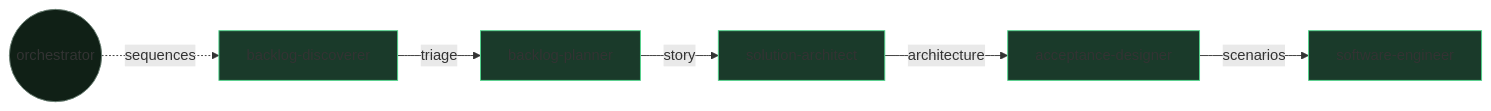
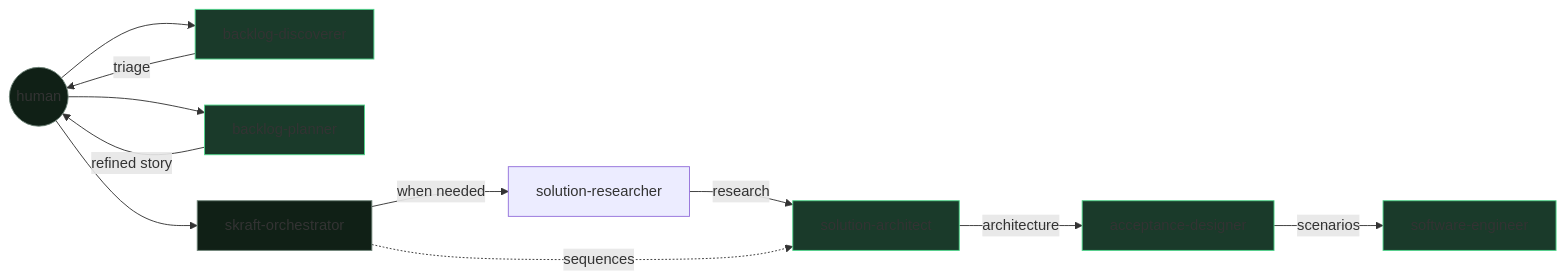
Before and after one commit to SebastienDegodez/skraft-plugin: the diagram in docs/site/en/explanation/pipeline/team.md, drawn with Mermaid. The commit also changed other lines of this file and 12 other files, not shown here.

````diff
--- a/docs/site/en/explanation/pipeline/team.md
+++ b/docs/site/en/explanation/pipeline/team.md
@@ -19,14 +20,20 @@
 ```mermaid
 graph LR
-    O((orchestrator)) -.sequences.-> D
-    D[backlog-discoverer] -->|triage| DI[backlog-planner]
-    DI -->|story| DE[solution-architect]
+    H((human)) --> D[backlog-discoverer]
+    D -->|triage| H
+    H --> DI[backlog-planner]
+    DI -->|refined story| H
+    H --> O[skraft-orchestrator]
+    O -->|when needed| R[solution-researcher]
+    R -->|research| DE[solution-architect]
+    O -.sequences.-> DE
     DE -->|architecture| DIS[acceptance-designer]
     DIS -->|scenarios| DEL[software-engineer]
+    style H fill:#102016,stroke:#6f8478
     style O fill:#102016,stroke:#6f8478
     style D fill:#1a3a2a,stroke:#4ed58a
     style DI fill:#1a3a2a,stroke:#4ed58a
     style DE fill:#1a3a2a,stroke:#4ed58a
     style DIS fill:#1a3a2a,stroke:#4ed58a
     style DEL fill:#1a3a2a,stroke:#4ed58a
 ```
````
